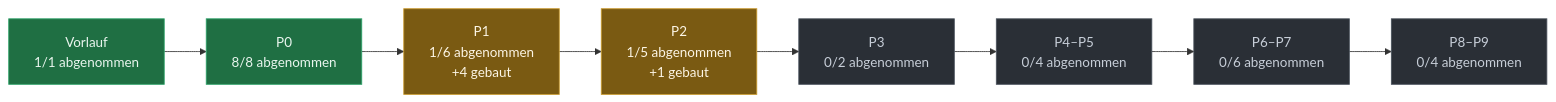
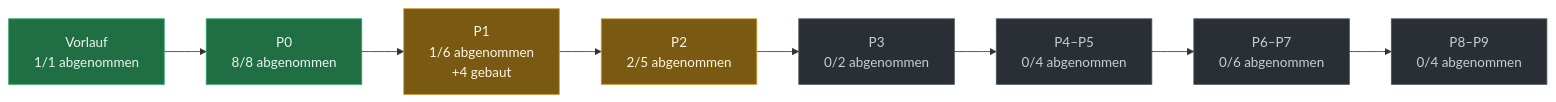
Before and after one commit to evenacadia-tech/Nakama: the diagram in docs/PLAN-STAND.md, drawn with Mermaid. The commit also changed other lines of this file, not shown here.

````diff
--- a/docs/PLAN-STAND.md
+++ b/docs/PLAN-STAND.md
@@ -37,21 +37,21 @@
 ```mermaid
 flowchart LR
   P0["Vorlauf<br/>1/1 abgenommen"]:::fertig
   P1["P0<br/>8/8 abgenommen"]:::fertig
   P0 --> P1
   P2["P1<br/>1/6 abgenommen<br/>+4 gebaut"]:::laeuft
   P1 --> P2
-  P3["P2<br/>1/5 abgenommen<br/>+1 gebaut"]:::laeuft
+  P3["P2<br/>2/5 abgenommen"]:::laeuft
   P2 --> P3
   P4["P3<br/>0/2 abgenommen"]:::offen
   P3 --> P4
   P5["P4–P5<br/>0/4 abgenommen"]:::offen
   P4 --> P5
   P6["P6–P7<br/>0/6 abgenommen"]:::offen
   P5 --> P6
   P7["P8–P9<br/>0/4 abgenommen"]:::offen
   P6 --> P7
   classDef fertig fill:#1f6f43,stroke:#2ea36a,color:#eaf6ef
   classDef laeuft fill:#7a5a12,stroke:#c99a2e,color:#fdf6e6
   classDef offen  fill:#2a2f36,stroke:#4a525c,color:#c7ced8
 ```
````
